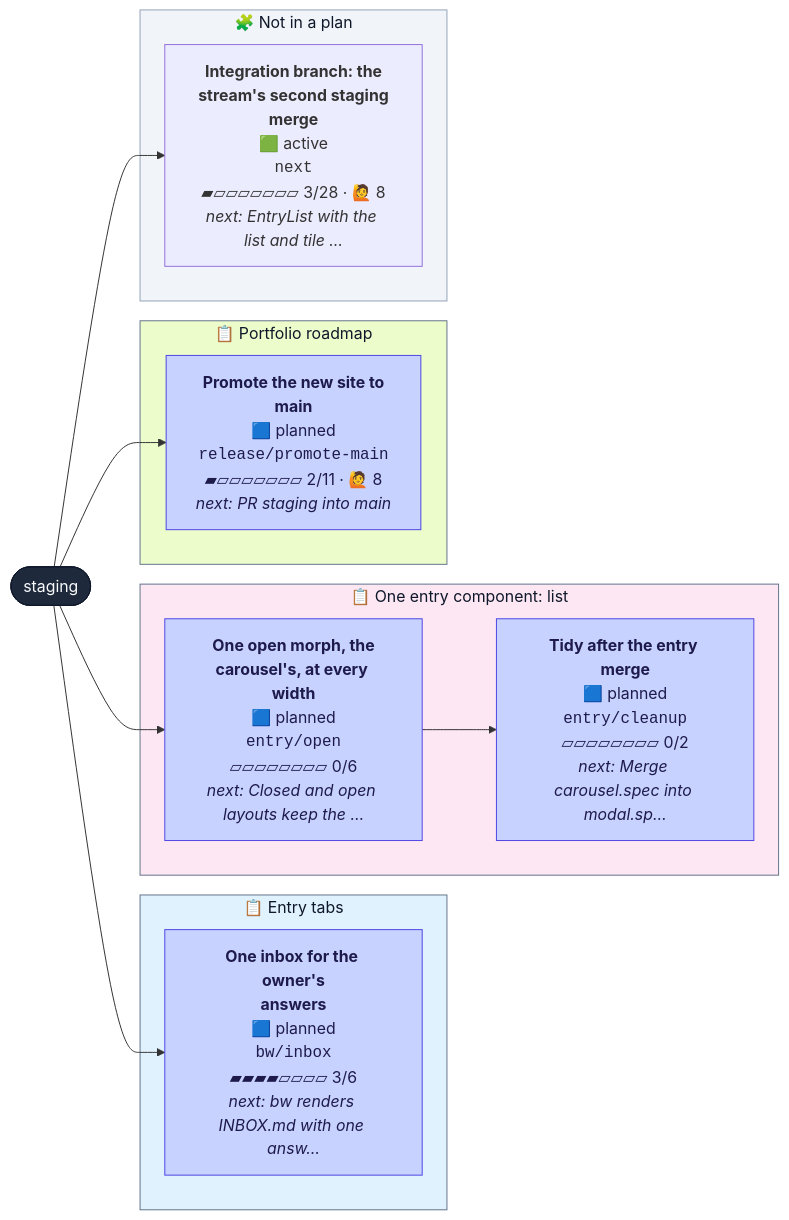
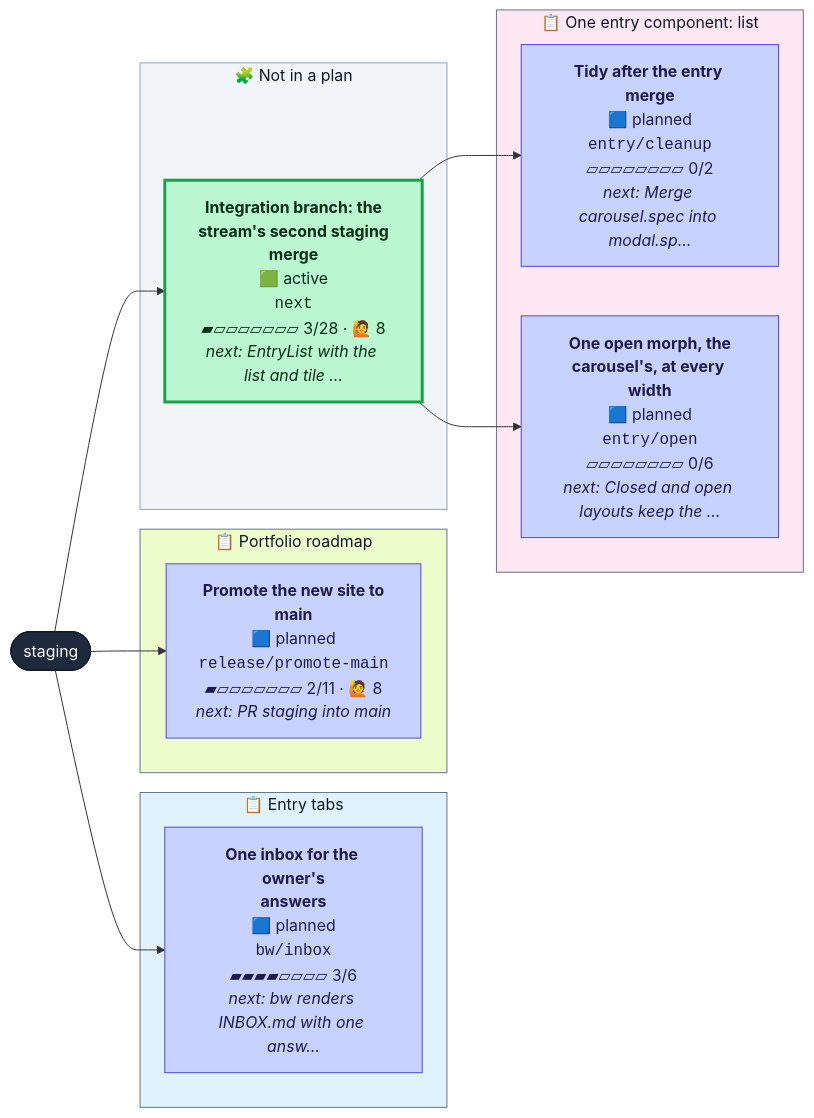
The diagram in CONTRIBUTING.md (henryjonescodes/portfolio), drawn with Mermaid before and after one commit. The commit also changed other lines of this file and 1 other file, not shown here.

````diff
--- a/CONTRIBUTING.md
+++ b/CONTRIBUTING.md
@@ -16,38 +16,38 @@
 ```mermaid
 flowchart LR
   n_staging([staging])
   class n_staging trunk
   subgraph plan_0["📋 Entry tabs"]
     n_bw_inbox["<b>One inbox for the owner's<br/>answers</b><br/>🟦 planned<br/><code>bw/inbox</code><br/>▰▰▰▰▱▱▱▱ 3/6<br/><i>next: bw renders INBOX.md with one answ…</i>"]
     class n_bw_inbox planned
   end
   style plan_0 fill:#e0f2fe,stroke:#64748b,color:#0f172a
   subgraph plan_1["📋 One entry component: list"]
     n_entry_cleanup["<b>Tidy after the entry merge</b><br/>🟦 planned<br/><code>entry/cleanup</code><br/>▱▱▱▱▱▱▱▱ 0/2<br/><i>next: Merge carousel.spec into modal.sp…</i>"]
     class n_entry_cleanup planned
     n_entry_open["<b>One open morph, the<br/>carousel's, at every width</b><br/>🟦 planned<br/><code>entry/open</code><br/>▱▱▱▱▱▱▱▱ 0/6<br/><i>next: Closed and open layouts keep the …</i>"]
     class n_entry_open planned
   end
   style plan_1 fill:#fce7f3,stroke:#64748b,color:#0f172a
   subgraph plan_2["📋 Portfolio roadmap"]
     n_release_promote_main["<b>Promote the new site to<br/>main</b><br/>🟦 planned<br/><code>release/promote-main</code><br/>▰▱▱▱▱▱▱▱ 2/11 · 🙋 8<br/><i>next: PR staging into main</i>"]
     class n_release_promote_main planned
   end
   style plan_2 fill:#ecfccb,stroke:#64748b,color:#0f172a
   subgraph loose["🧩 Not in a plan"]
     n_next["<b>Integration branch: the<br/>stream's second staging<br/>merge</b><br/>🟩 active<br/><code>next</code><br/>▰▱▱▱▱▱▱▱ 3/28 · 🙋 8<br/><i>next: EntryList with the list and tile …</i>"]
-    class n_next active,current
+    class n_next active
   end
   style loose fill:#f1f5f9,stroke:#94a3b8,color:#0f172a
   n_staging --> n_bw_inbox
-  n_entry_open --> n_entry_cleanup
-  n_staging --> n_entry_open
+  n_next --> n_entry_cleanup
+  n_next --> n_entry_open
   n_staging --> n_next
   n_staging --> n_release_promote_main
   classDef planned fill:#c7d2fe,stroke:#4f46e5,color:#1e1b4b
   classDef active fill:#bbf7d0,stroke:#16a34a,stroke-width:3px,color:#052e16
   classDef review fill:#fde68a,stroke:#d97706,stroke-width:3px,color:#451a03
   classDef blocked fill:#fecaca,stroke:#dc2626,stroke-width:3px,color:#450a0a
   classDef trunk fill:#1e293b,stroke:#0f172a,color:#f8fafc
   classDef current stroke:#0ea5e9,stroke-width:5px
 ```
````
